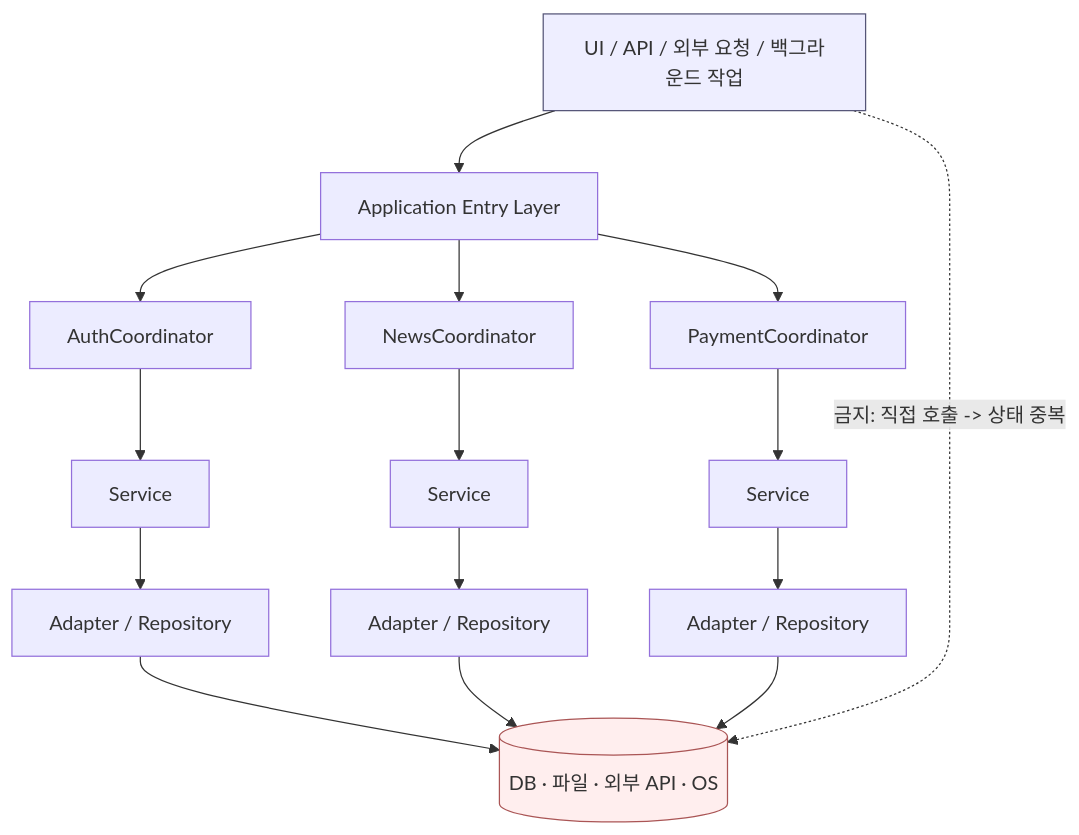
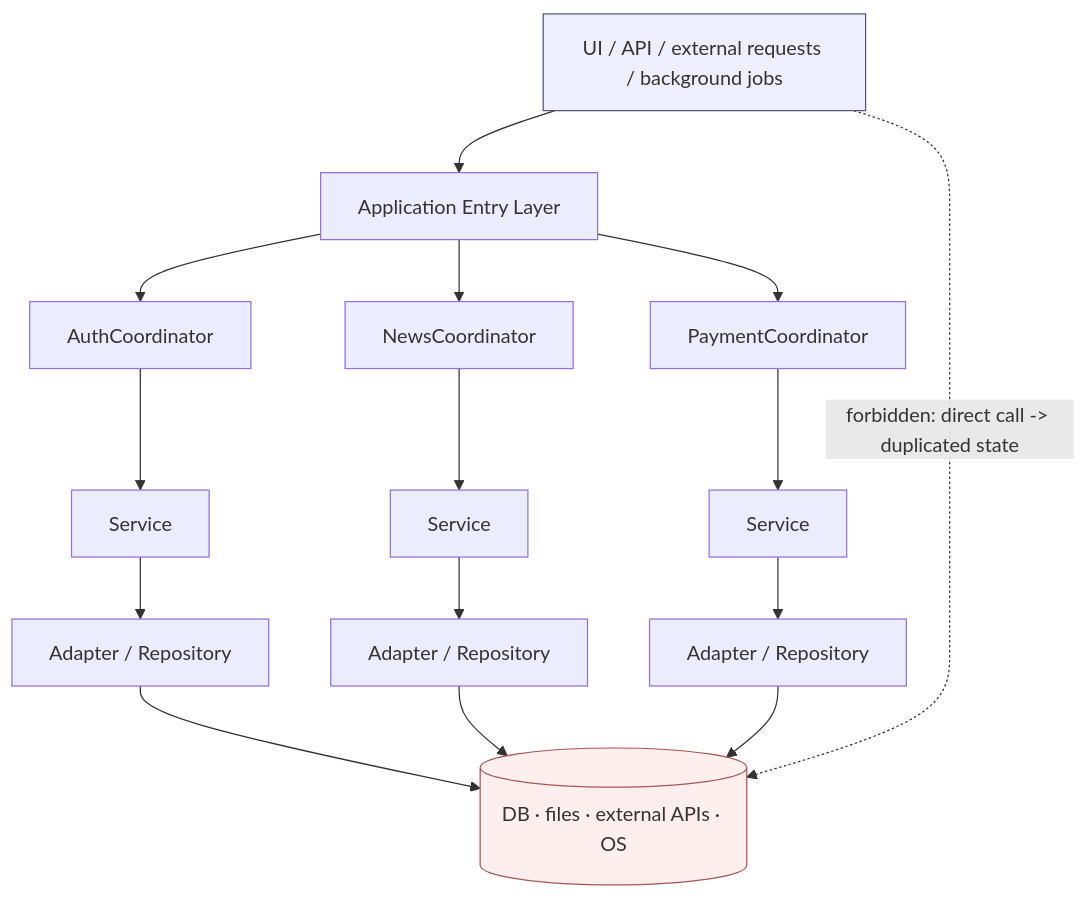
The first of 3 diagrams in README.md (produckyou-design/ai-project-structure-standard), drawn with Mermaid before and after one commit. The commit also changed other lines of this file and 3 other files, not shown here.

````diff
--- a/README.md
+++ b/README.md
@@ -69,25 +85,25 @@
 ```mermaid
 flowchart TD
-    UI["UI / API / 외부 요청 / 백그라운드 작업"]
+    UI["UI / API / external requests / background jobs"]
     Entry["Application Entry Layer"]
     AuthC["AuthCoordinator"]
     NewsC["NewsCoordinator"]
     PayC["PaymentCoordinator"]
     AuthS["Service"]
     NewsS["Service"]
     PayS["Service"]
     AuthA["Adapter / Repository"]
     NewsA["Adapter / Repository"]
     PayA["Adapter / Repository"]
-    Ext[("DB · 파일 · 외부 API · OS")]
+    Ext[("DB · files · external APIs · OS")]
 
     UI --> Entry
     Entry --> AuthC & NewsC & PayC
     AuthC --> AuthS --> AuthA --> Ext
     NewsC --> NewsS --> NewsA --> Ext
     PayC --> PayS --> PayA --> Ext
-    UI -.->|"금지: 직접 호출 -> 상태 중복"| Ext
+    UI -.->|"forbidden: direct call -> duplicated state"| Ext
 
     style UI fill:#eef,stroke:#557
     style Ext fill:#fee,stroke:#a55
 ```
````
